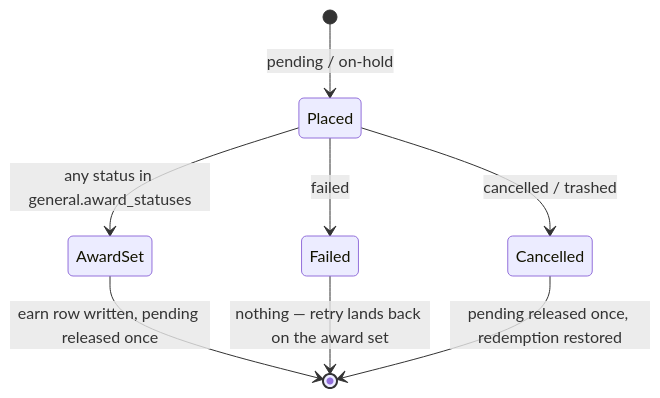
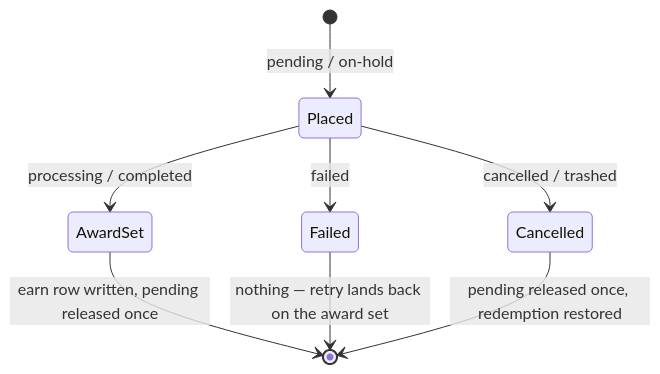
One commit to YayCommerce/YayLoyalty changed the second of 2 diagrams in docs/data-model/points-lifecycle.md. Above: the diagram before and after it, drawn with Mermaid. The commit also changed other lines of this file and 39 other files, not shown here.

````diff
--- a/docs/data-model/points-lifecycle.md
+++ b/docs/data-model/points-lifecycle.md
@@ -108,11 +165,11 @@
 ```mermaid
 stateDiagram-v2
     [*] --> Placed: pending / on-hold
-    Placed --> AwardSet: any status in general.award_statuses
+    Placed --> AwardSet: processing / completed
     Placed --> Failed: failed
     Placed --> Cancelled: cancelled / trashed
 
     AwardSet --> [*]: earn row written, pending released once
     Failed --> [*]: nothing — retry lands back on the award set
     Cancelled --> [*]: pending released once, redemption restored
 ```
````
